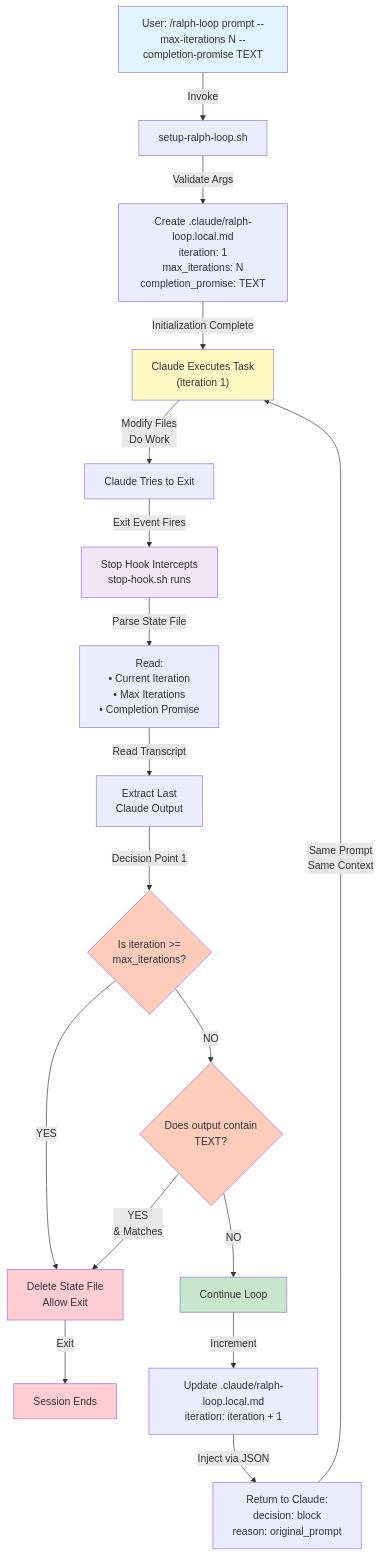
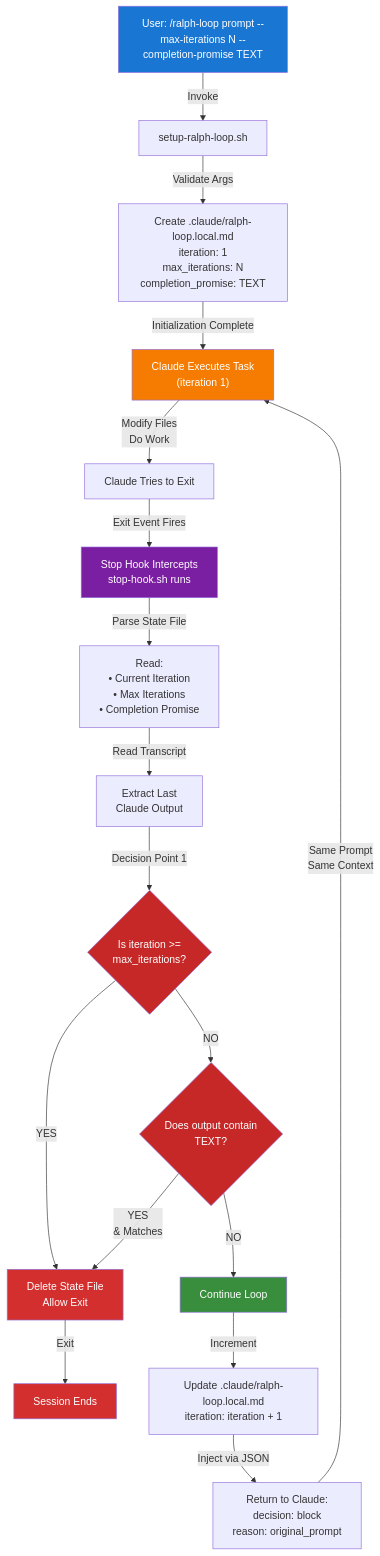
Before and after one commit to locchh/ccdex: the second of 3 diagrams in docs/claude-code-enhancement.md, drawn with Mermaid.

````diff
--- a/docs/claude-code-enhancement.md
+++ b/docs/claude-code-enhancement.md
@@ -375,28 +375,28 @@
 ```mermaid
 graph TD
     A["User: /ralph-loop prompt --max-iterations N --completion-promise TEXT"] -->|Invoke| B["setup-ralph-loop.sh"]
     B -->|Validate Args| C["Create .claude/ralph-loop.local.md<br/>iteration: 1<br/>max_iterations: N<br/>completion_promise: TEXT"]
     C -->|Initialization Complete| D["Claude Executes Task<br/>(iteration 1)"]
     D -->|Modify Files<br/>Do Work| E["Claude Tries to Exit"]
     E -->|Exit Event Fires| F["Stop Hook Intercepts<br/>stop-hook.sh runs"]
     F -->|Parse State File| G["Read:<br/>• Current Iteration<br/>• Max Iterations<br/>• Completion Promise"]
     G -->|Read Transcript| H["Extract Last<br/>Claude Output"]
     H -->|Decision Point 1| I{"Is iteration >=<br/>max_iterations?"}
     I -->|YES| J["Delete State File<br/>Allow Exit"]
     I -->|NO| K{"Does output contain<br/><promise>TEXT</promise>?"}
     K -->|YES<br/>& Matches| J
     K -->|NO| L["Continue Loop"]
     L -->|Increment| M["Update .claude/ralph-loop.local.md<br/>iteration: iteration + 1"]
     M -->|Inject via JSON| N["Return to Claude:<br/>decision: block<br/>reason: original_prompt"]
     N -->|Same Prompt<br/>Same Context| D
     J -->|Exit| O["Session Ends"]
 
-    style A fill:#e1f5ff
-    style D fill:#fff9c4
-    style F fill:#f3e5f5
-    style I fill:#ffccbc
-    style K fill:#ffccbc
-    style L fill:#c8e6c9
-    style J fill:#ffcdd2
-    style O fill:#ffcdd2
+    style A fill:#1976d2,color:#fff
+    style D fill:#f57c00,color:#fff
+    style F fill:#7b1fa2,color:#fff
+    style I fill:#c62828,color:#fff
+    style K fill:#c62828,color:#fff
+    style L fill:#388e3c,color:#fff
+    style J fill:#d32f2f,color:#fff
+    style O fill:#d32f2f,color:#fff
 ```
````
